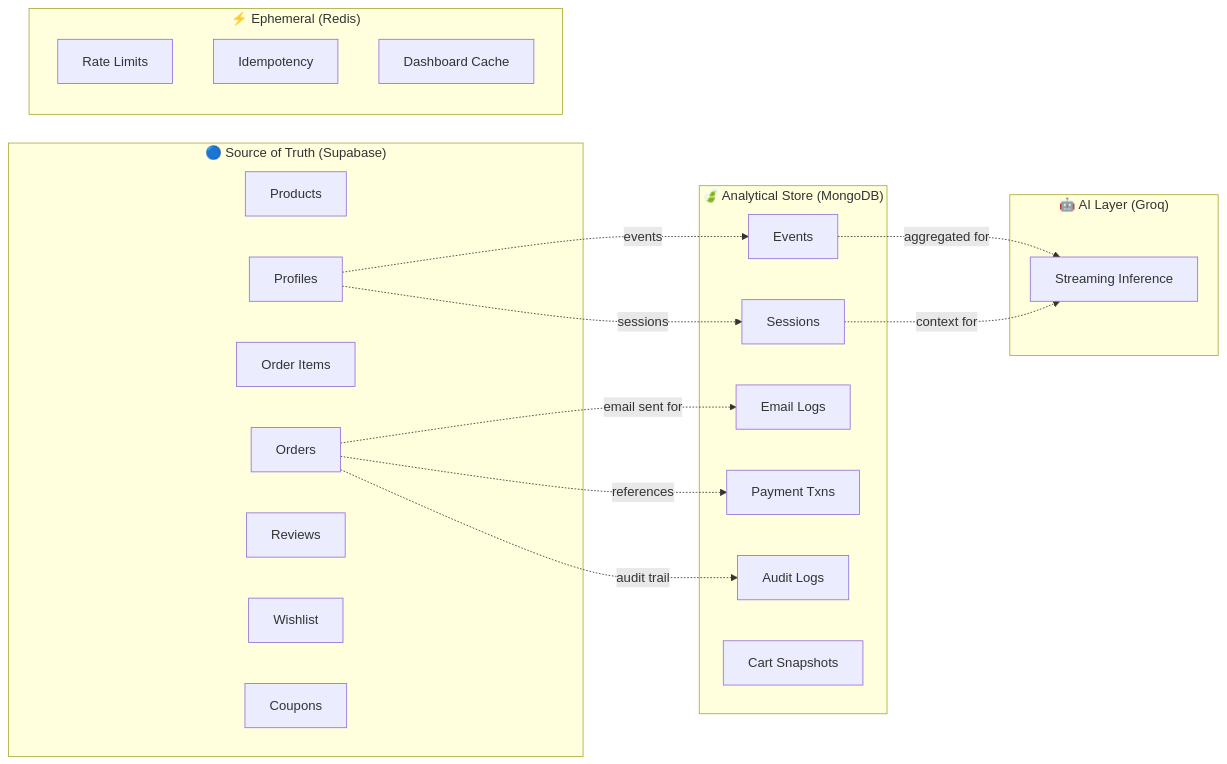
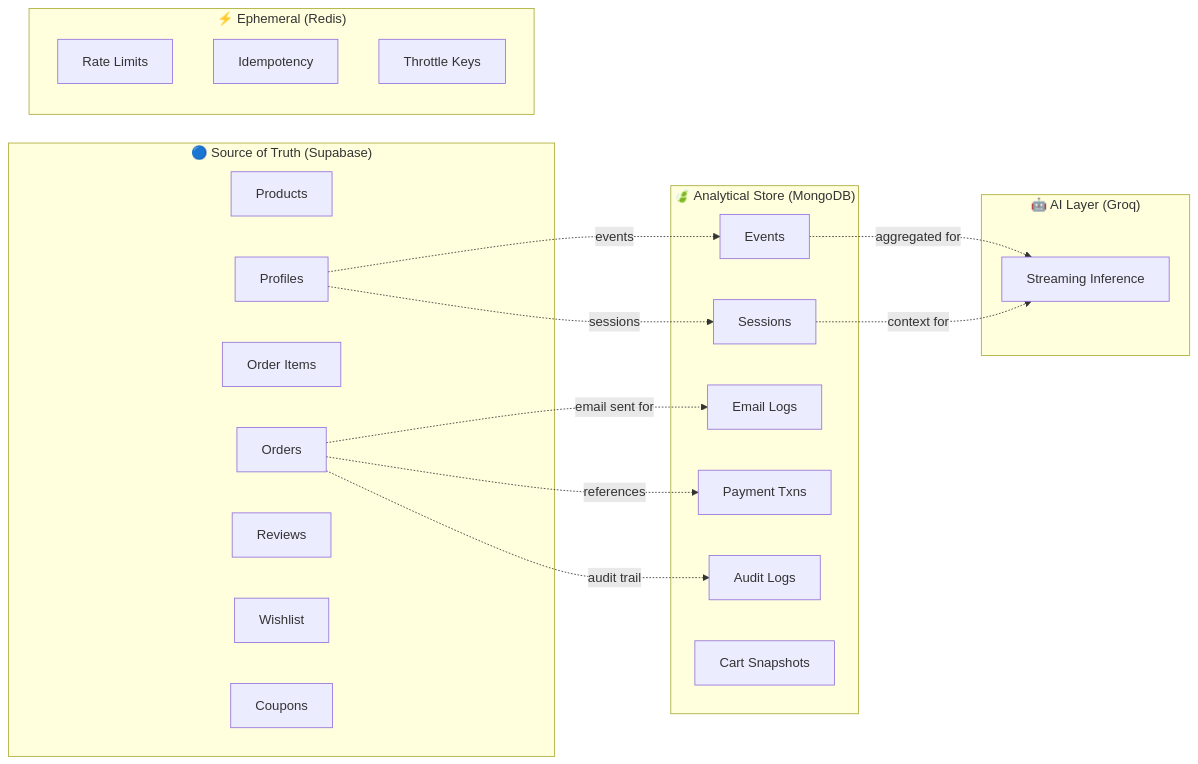
Before and after one commit to zainshah3464/vestior-store: the first of 7 diagrams in docs/architecture.md, drawn with Mermaid. The commit also changed other lines of this file and 50 other files, not shown here.

````diff
--- a/docs/architecture.md
+++ b/docs/architecture.md
@@ -261,39 +297,39 @@
 ```mermaid
 flowchart LR
     subgraph Truth["🔵 Source of Truth (Supabase)"]
         P[Products]
         O[Orders]
         OI[Order Items]
         PR[Profiles]
         RV[Reviews]
         WL[Wishlist]
         CP[Coupons]
     end
 
     subgraph Analytics["🍃 Analytical Store (MongoDB)"]
         EV[Events]
         SS[Sessions]
         EL[Email Logs]
         PT[Payment Txns]
         AL[Audit Logs]
         CS[Cart Snapshots]
     end
 
     subgraph Cache["⚡ Ephemeral (Redis)"]
         RL[Rate Limits]
         ID[Idempotency]
-        DC[Dashboard Cache]
+        TH[Throttle Keys]
     end
 
     subgraph AI["🤖 AI Layer (Groq)"]
         GR[Streaming Inference]
     end
 
     O -.->|references| PT
     O -.->|audit trail| AL
     PR -.->|events| EV
     PR -.->|sessions| SS
     O -.->|email sent for| EL
     EV -.->|aggregated for| GR
     SS -.->|context for| GR
 ```
````
